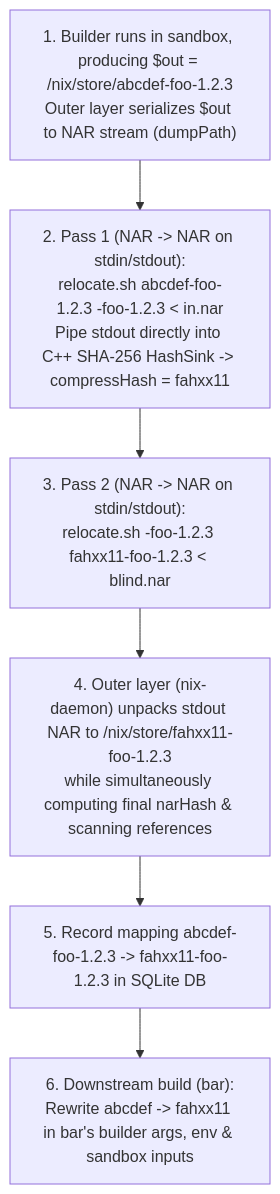
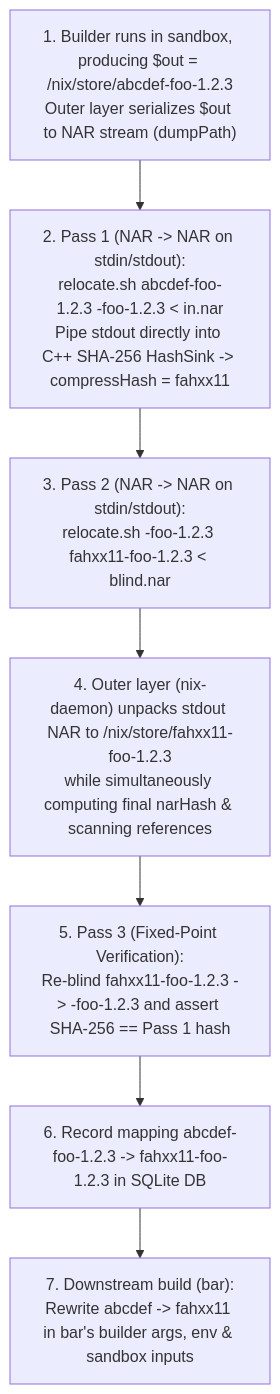
One commit to clefru/casper changed the diagram in README.md. Above: the diagram before and after it, drawn with Mermaid. The commit also changed other lines of this file and 1 other file, not shown here.

Commit message:
Add Pass 3 fixed-point verification and update README.md and security.md

````diff
--- a/README.md
+++ b/README.md
@@ -64,8 +66,9 @@
 ```mermaid
 flowchart TD
     A["1. Builder runs in sandbox, producing $out = /nix/store/abcdef-foo-1.2.3\nOuter layer serializes $out to NAR stream (dumpPath)"] --> B["2. Pass 1 (NAR -> NAR on stdin/stdout):\nrelocate.sh abcdef-foo-1.2.3 <blind>-foo-1.2.3 < in.nar\nPipe stdout directly into C++ SHA-256 HashSink -> compressHash = fahxx11"]
     B --> C["3. Pass 2 (NAR -> NAR on stdin/stdout):\nrelocate.sh <blind>-foo-1.2.3 fahxx11-foo-1.2.3 < blind.nar"]
     C --> D["4. Outer layer (nix-daemon) unpacks stdout NAR to /nix/store/fahxx11-foo-1.2.3\nwhile simultaneously computing final narHash & scanning references"]
-    D --> E["5. Record mapping abcdef-foo-1.2.3 -> fahxx11-foo-1.2.3 in SQLite DB"]
-    E --> F["6. Downstream build (bar):\nRewrite abcdef -> fahxx11 in bar's builder args, env & sandbox inputs"]
+    D --> G["5. Pass 3 (Fixed-Point Verification):\nRe-blind fahxx11-foo-1.2.3 -> <blind>-foo-1.2.3 and assert SHA-256 == Pass 1 hash"]
+    G --> E["6. Record mapping abcdef-foo-1.2.3 -> fahxx11-foo-1.2.3 in SQLite DB"]
+    E --> F["7. Downstream build (bar):\nRewrite abcdef -> fahxx11 in bar's builder args, env & sandbox inputs"]
 ```
````
